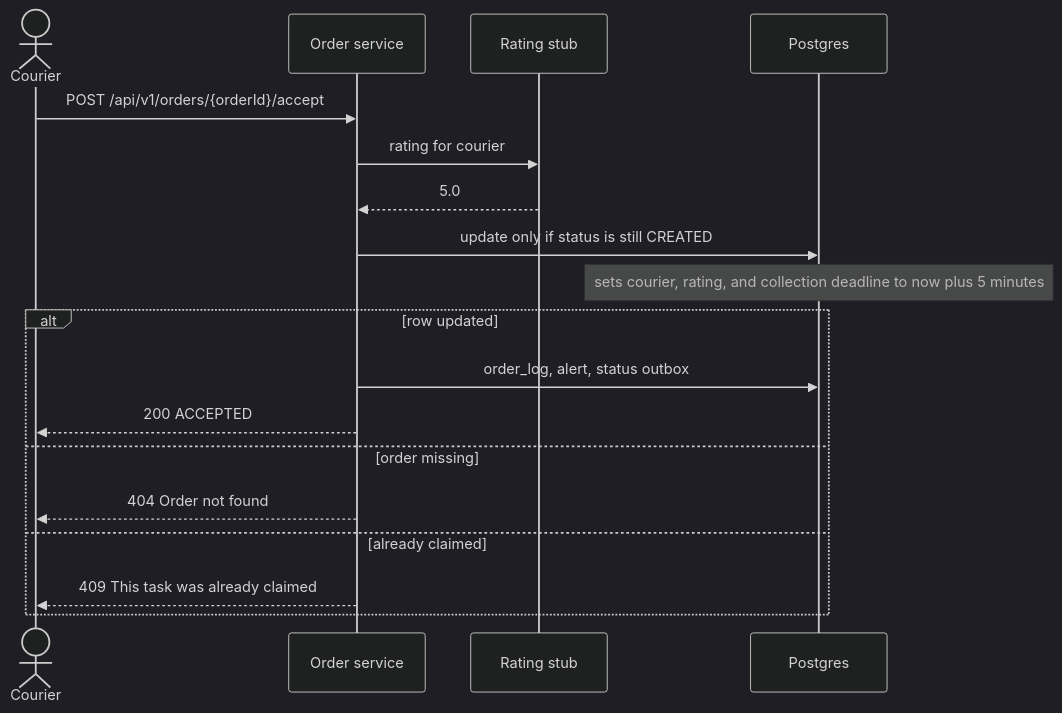
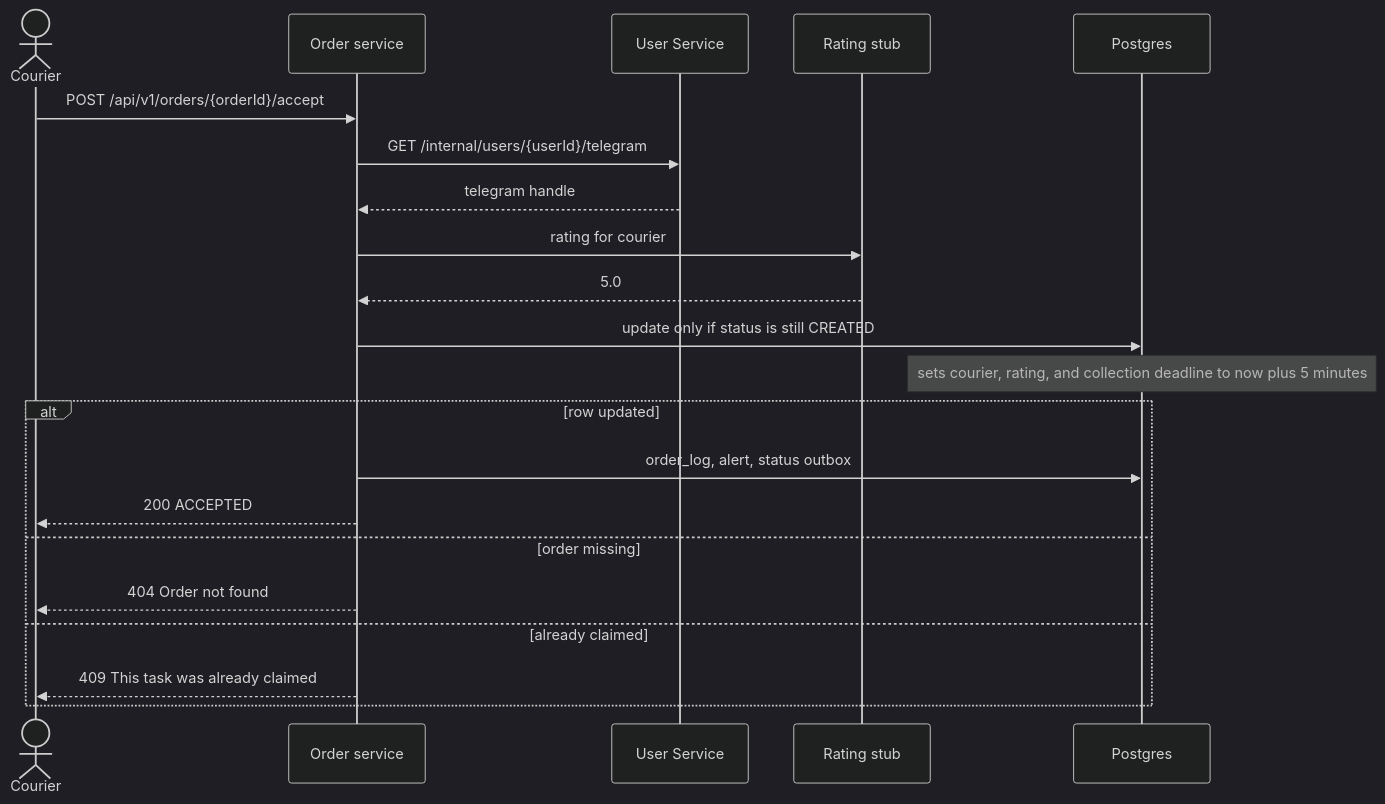
One commit to junngithub/AY2627S1-CS3219-P15 changed the diagram in order-service/docs/seq-accept.mmd. Above: the diagram before and after it, drawn with Mermaid (dark theme). The commit also changed 215 other files, not shown here.

Commit message:
Integrate with User Service

```diff
--- a/order-service/docs/seq-accept.mmd
+++ b/order-service/docs/seq-accept.mmd
@@ -1,19 +1,22 @@
 sequenceDiagram
     actor Courier
     participant Orders as Order service
+    participant Users as User Service
     participant Rating as Rating stub
     participant DB as Postgres
 
     Courier->>Orders: POST /api/v1/orders/{orderId}/accept
+    Orders->>Users: GET /internal/users/{userId}/telegram
+    Users-->>Orders: telegram handle
     Orders->>Rating: rating for courier
     Rating-->>Orders: 5.0
     Orders->>DB: update only if status is still CREATED
     Note over DB: sets courier, rating, and collection deadline to now plus 5 minutes
     alt row updated
         Orders->>DB: order_log, alert, status outbox
         Orders-->>Courier: 200 ACCEPTED
     else order missing
         Orders-->>Courier: 404 Order not found
     else already claimed
         Orders-->>Courier: 409 This task was already claimed
     end
```
